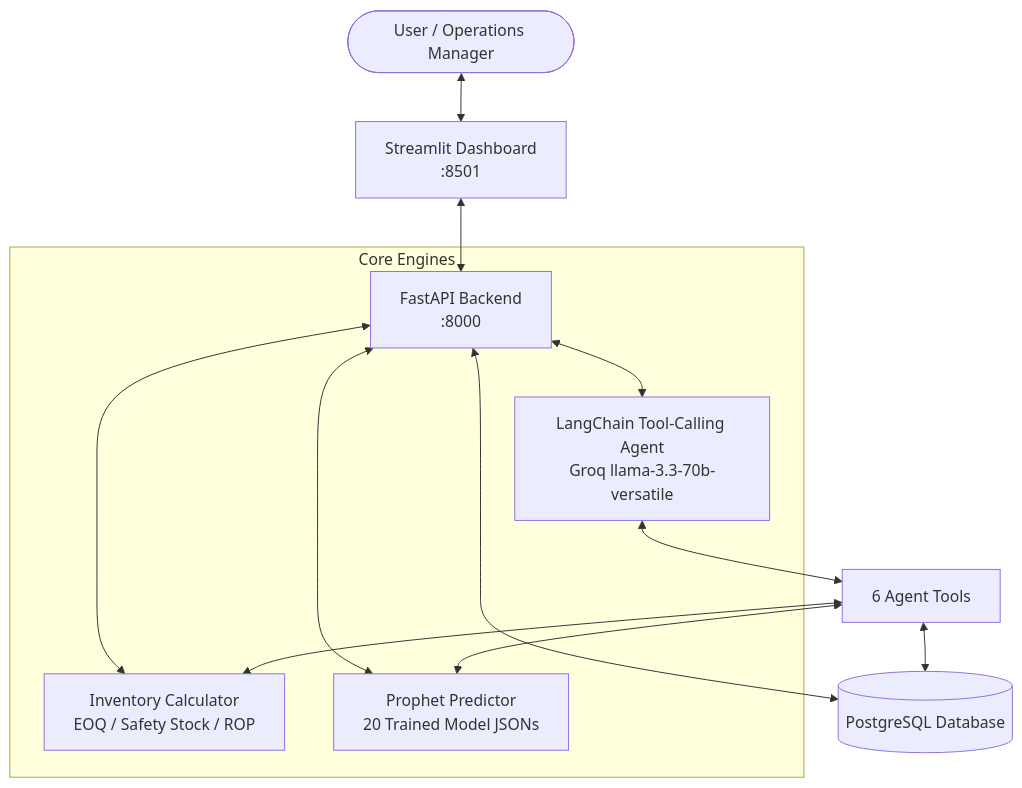
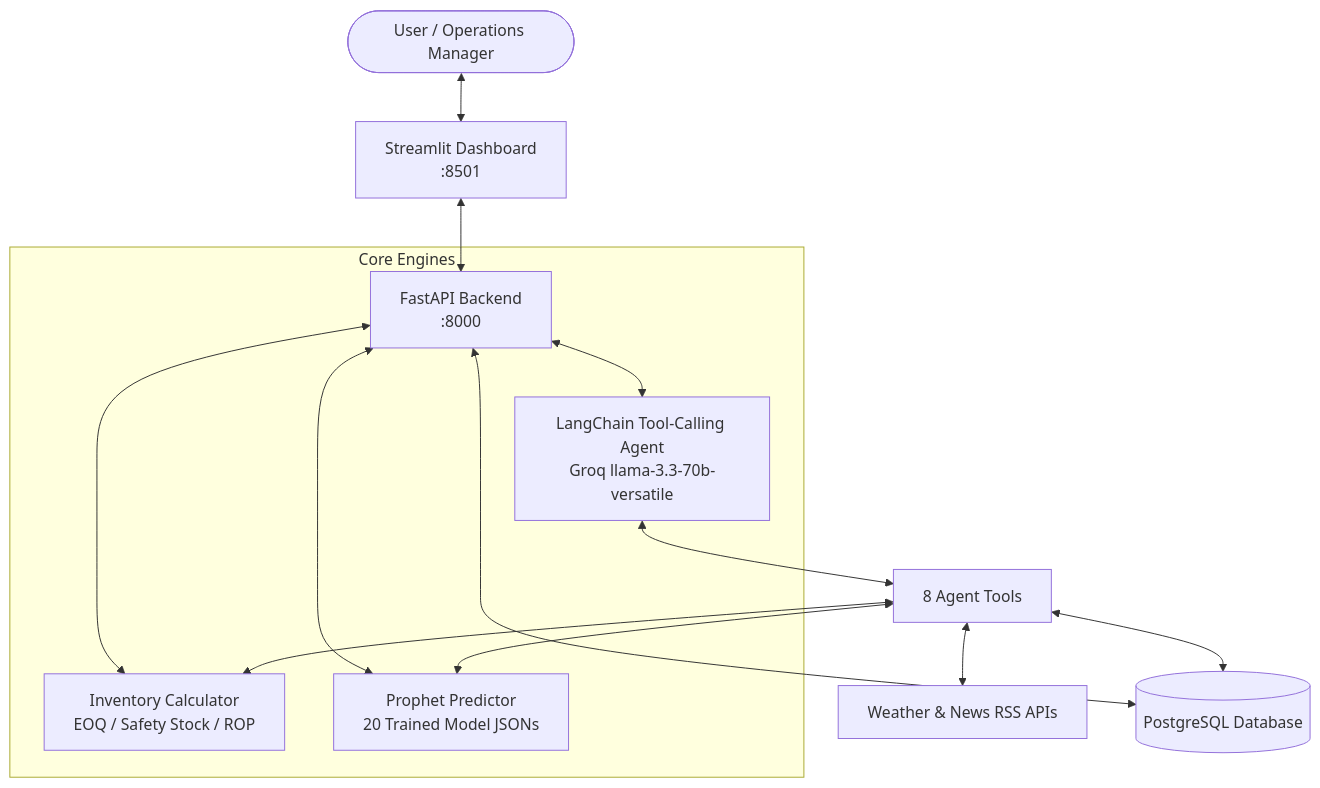
The diagram in README.md (afzalkhanofficial/supplypilot), drawn with Mermaid before and after one commit. The commit also changed other lines of this file and 14 other files, not shown here.

Commit message:
feat: fix render.yaml db wiring, update current_stock on PO approval, add weather/news risk tools, deduplicate prophet patch, and update test suite to 66/66 passed

````diff
--- a/README.md
+++ b/README.md
@@ -27,17 +27,18 @@
 ```mermaid
 flowchart TD
     User([User / Operations Manager]) <--> Dashboard[Streamlit Dashboard\n:8501]
     Dashboard <--> API[FastAPI Backend\n:8000]
 
     subgraph Core Engines
         API <--> Agent[LangChain Tool-Calling Agent\nGroq llama-3.3-70b-versatile]
         API <--> Inv[Inventory Calculator\nEOQ / Safety Stock / ROP]
         API <--> Forecaster[Prophet Predictor\n20 Trained Model JSONs]
     end
 
-    Agent <--> Tools[6 Agent Tools]
+    Agent <--> Tools[8 Agent Tools]
     Tools <--> Inv
     Tools <--> Forecaster
+    Tools <--> External[Weather & News RSS APIs]
     Tools <--> DB[(PostgreSQL Database)]
     API <--> DB
 ```
````
